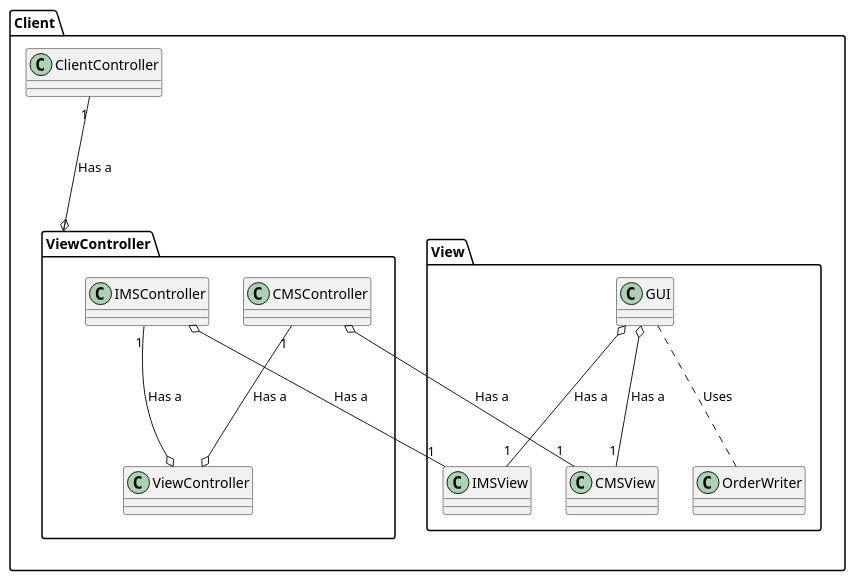
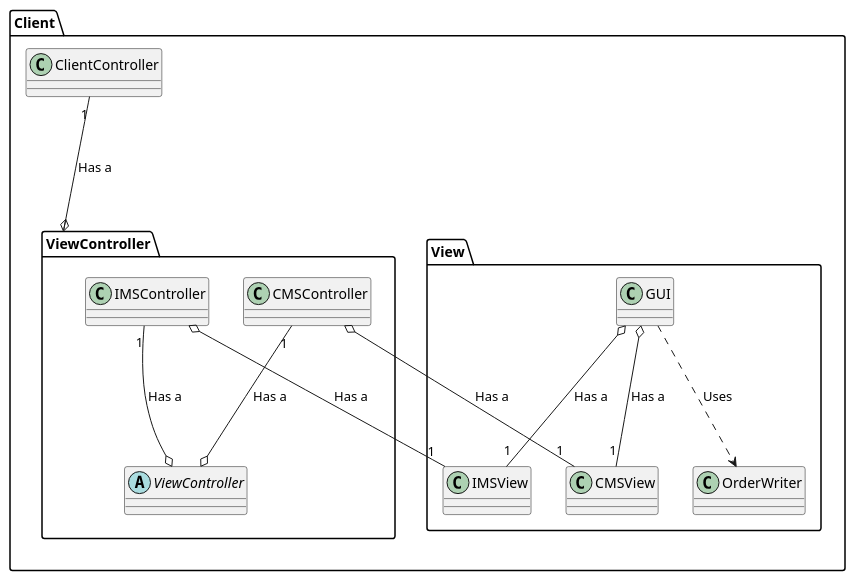
Before and after one commit to mklasby/MVC-Distributed-Inventory-Management: the diagram in UML Models/ClientPackage.md, drawn with PlantUML. The commit also changed 5 other files, not shown here.

Commit message:
Minor corrections to uml

```diff
--- a/UML Models/ClientPackage.md
+++ b/UML Models/ClientPackage.md
@@ -1,57 +1,38 @@
 @startuml
 
 package Client{
-    package ViewController{
-        class ViewController{
-
-        }
-
-        class IMSController{
-
-        }
-
-        class CMSController{
-
-        }
-
-        CMSController "1" ---o  ViewController: Has a
-        IMSController "1" ---o ViewController: Has a
-
+	package ViewController{
+		abstract class ViewController{
+    		}
+    		class IMSController{
+    		}
+    		class CMSController{
+    		}
+    		CMSController "1" ---o  ViewController: Has a
+    		IMSController "1" ---o ViewController: Has a
+    	}
+ 
+  	class ClientController {
+  	}
+  	
+  	package View{
+    		class CMSView {
+    		}
+    		class IMSView {
+    		}
+    		class GUI{
+    		}
+    		class OrderWriter{
+    		}
+    		GUI ...> OrderWriter: Uses
     }
 
-    class ClientController{
-
-    }
-
-
-    package View{
-
-
-        class CMSView {
-
-        }
-
-        class IMSView {
-
-        }
-
-        class GUI{
-
-        }
-
-        class OrderWriter{
-
-        }
-
-        GUI ... OrderWriter: Uses
-    }
-
-    ClientController "1" ---o ViewController: Has a 
+ 	ClientController "1" ---o ViewController: Has a 
     IMSController o--- "1" IMSView: Has a
     CMSController o--- "1" CMSView: Has a
     GUI o--- "1" CMSView: Has a
     GUI o--- "1" IMSView: Has a
 
 }
 
 @enduml
```
